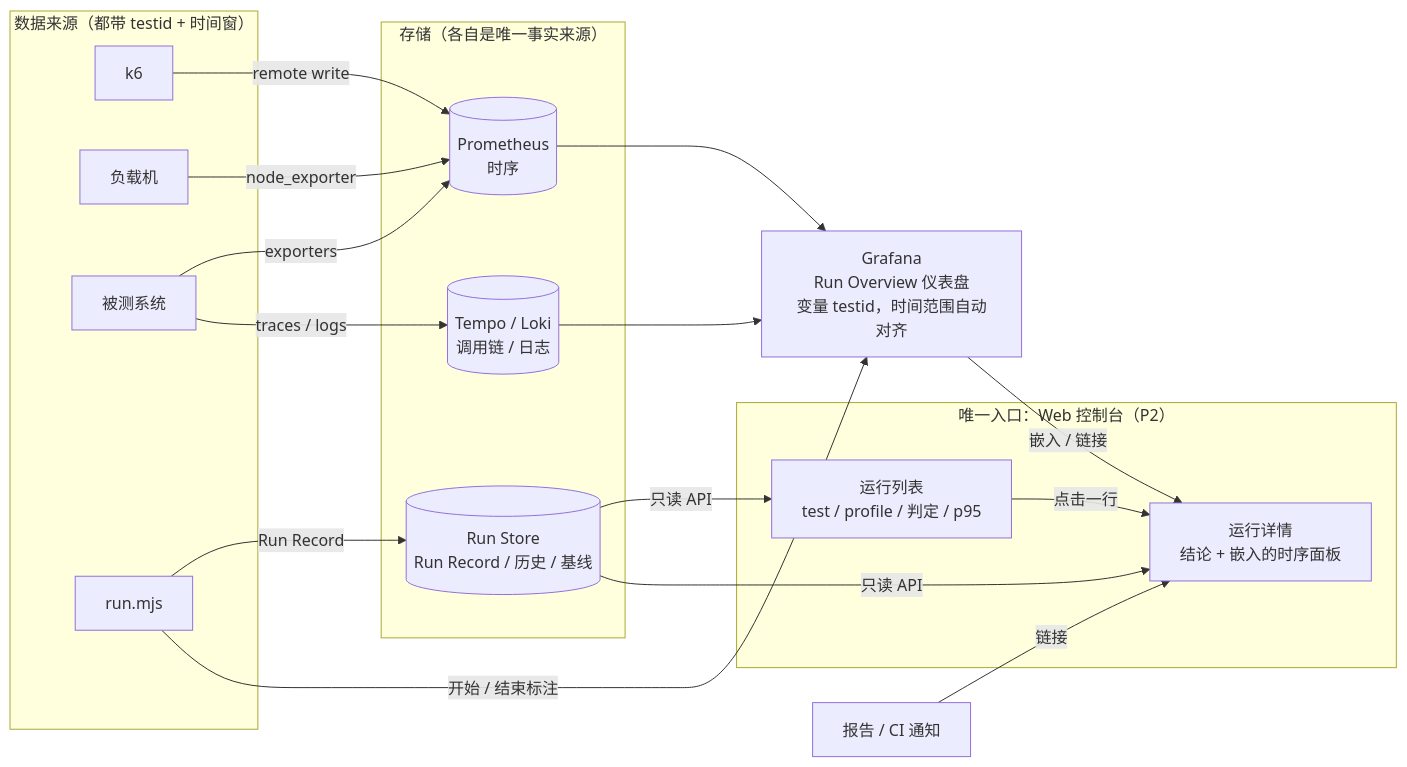
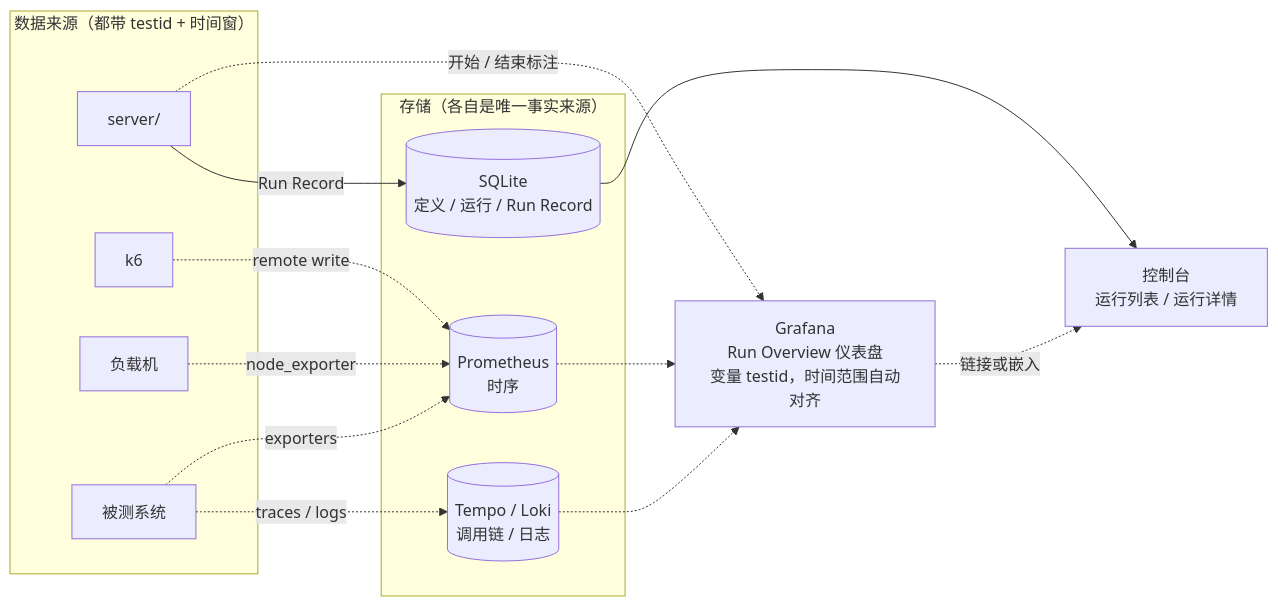
Before and after one commit to Leibiner/AI-Performance-Engineering: the fifth of 8 diagrams in docs/ARCHITECTURE.md, drawn with Mermaid. The commit also changed other lines of this file and 11 other files, not shown here.

First line of the commit message:
docs: sync architecture docs with the MVP implementation

````diff
--- a/docs/ARCHITECTURE.md
+++ b/docs/ARCHITECTURE.md
@@ -397,32 +433,26 @@
 ```mermaid
 flowchart LR
     subgraph SRC["数据来源（都带 testid + 时间窗）"]
         K6[k6]
         LG[负载机]
         SUT[被测系统]
-        RUN[run.mjs]
+        SRV[server/]
     end
     subgraph STORE["存储（各自是唯一事实来源）"]
         PROM[(Prometheus<br/>时序)]
-        RS[(Run Store<br/>Run Record / 历史 / 基线)]
+        DB[(SQLite<br/>定义 / 运行 / Run Record)]
         TEMPO[(Tempo / Loki<br/>调用链 / 日志)]
     end
-    GRAF[Grafana<br/>Run Overview 仪表盘<br/>变量 testid，时间范围自动对齐]
-    subgraph VIEW["唯一入口：Web 控制台（P2）"]
-        LIST[运行列表<br/>test / profile / 判定 / p95]
-        DETAIL[运行详情<br/>结论 + 嵌入的时序面板]
-    end
-    K6 -->|remote write| PROM
-    LG -->|node_exporter| PROM
-    SUT -->|exporters| PROM
-    SUT -->|traces / logs| TEMPO
-    RUN -->|Run Record| RS
-    RUN -->|开始 / 结束标注| GRAF
-    PROM --> GRAF
-    TEMPO --> GRAF
-    RS -->|只读 API| LIST
-    RS -->|只读 API| DETAIL
-    GRAF -->|嵌入 / 链接| DETAIL
-    LIST -->|点击一行| DETAIL
-    RPT[报告 / CI 通知] -->|链接| DETAIL
+    GRAF["Grafana<br/>Run Overview 仪表盘<br/>变量 testid，时间范围自动对齐"]
+    WEB["控制台<br/>运行列表 / 运行详情"]
+    K6 -.->|remote write| PROM
+    LG -.->|node_exporter| PROM
+    SUT -.->|exporters| PROM
+    SUT -.->|traces / logs| TEMPO
+    SRV -->|Run Record| DB
+    SRV -.->|开始 / 结束标注| GRAF
+    PROM -.-> GRAF
+    TEMPO -.-> GRAF
+    DB --> WEB
+    GRAF -.->|链接或嵌入| WEB
 ```
````
